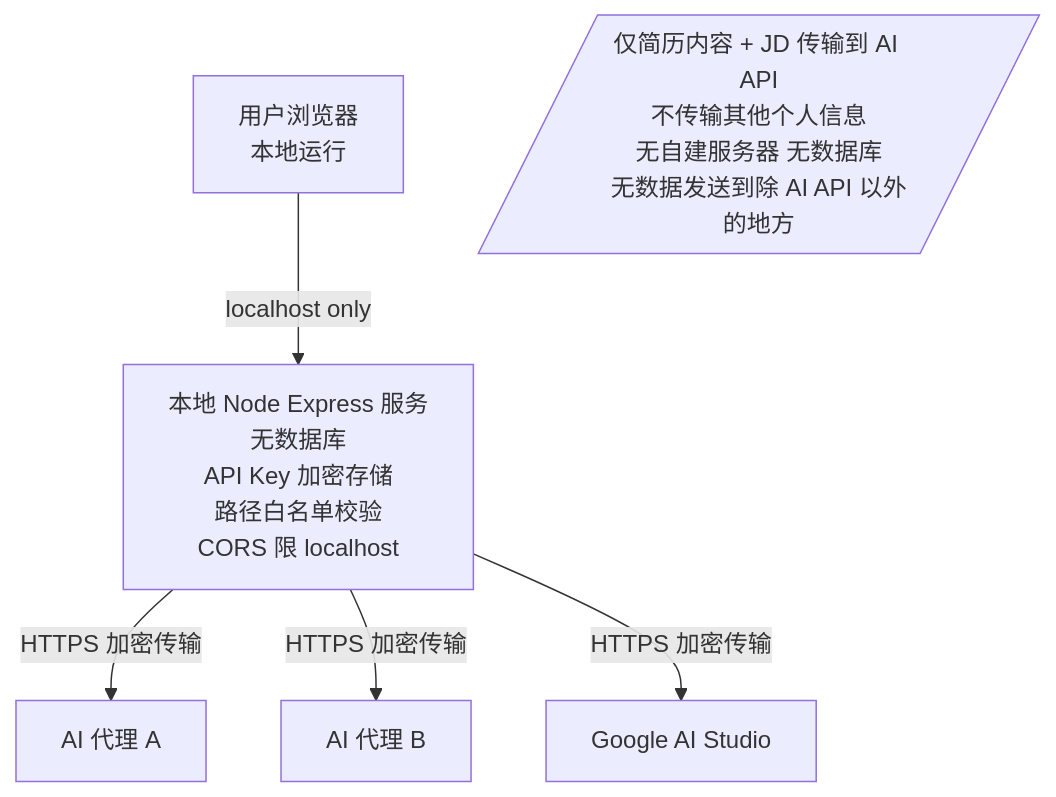
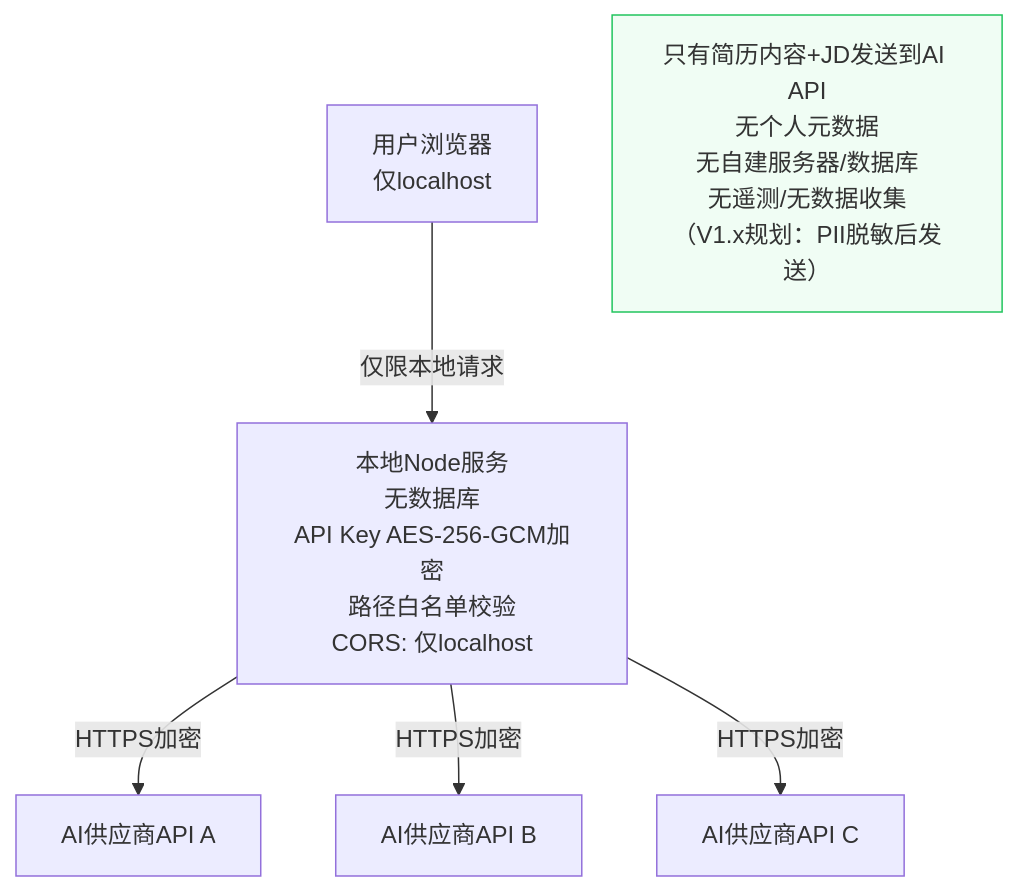
Before and after one commit to wukun2005-gif/resumeTailor: the seventh of 8 diagrams in README.md, drawn with Mermaid. The commit also changed other lines of this file and 5 other files, not shown here.

````diff
--- a/README.md
+++ b/README.md
@@ -590,9 +467,11 @@
 ```mermaid
 flowchart TD
-    BROWSER[用户浏览器<br/>本地运行] -->|localhost only| SERVER[本地 Node Express 服务<br/>无数据库<br/>API Key 加密存储<br/>路径白名单校验<br/>CORS 限 localhost]
-    SERVER -->|HTTPS 加密传输| API1[AI 代理 A]
-    SERVER -->|HTTPS 加密传输| API2[AI 代理 B]
-    SERVER -->|HTTPS 加密传输| API3[Google AI Studio]
+    BROWSER["用户浏览器<br/>仅localhost"] -->|"仅限本地请求"| SERVER["本地Node服务<br/>无数据库<br/>API Key AES-256-GCM加密<br/>路径白名单校验<br/>CORS: 仅localhost"]
+    SERVER -->|"HTTPS加密"| API1["AI供应商API A"]
+    SERVER -->|"HTTPS加密"| API2["AI供应商API B"]
+    SERVER -->|"HTTPS加密"| API3["AI供应商API C"]
 
-    NOTE1[/"仅简历内容 + JD 传输到 AI API<br/>不传输其他个人信息<br/>无自建服务器 无数据库<br/>无数据发送到除 AI API 以外的地方"/]
+    NOTE["只有简历内容+JD发送到AI API<br/>无个人元数据<br/>无自建服务器/数据库<br/>无遥测/无数据收集<br/>（V1.x规划：PII脱敏后发送）"]
+
+    style NOTE fill:#f0fdf4,stroke:#22c55e
 ```
````
